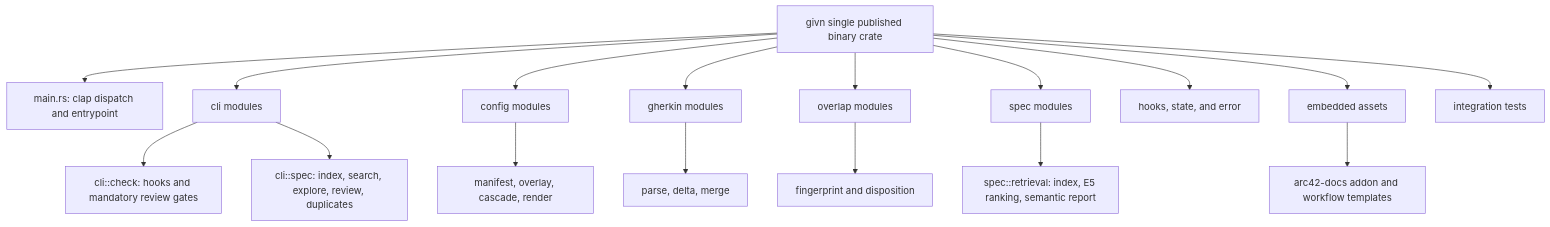
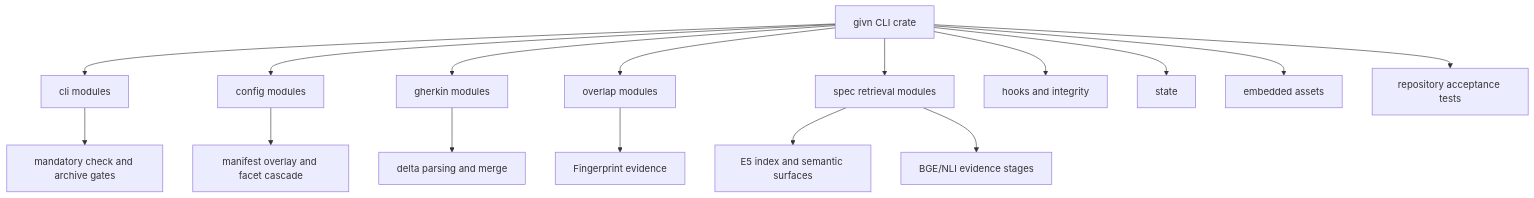
One commit to buster/givn changed the diagram in docs/arc42/05-building-block-view.md. Above: the diagram before and after it, drawn with Mermaid. The commit also changed other lines of this file and 97 other files, not shown here.

Commit message:
docs(arc42): consolidate architecture documentation and ADRs

````diff
--- a/docs/arc42/05-building-block-view.md
+++ b/docs/arc42/05-building-block-view.md
@@ -10,21 +11,18 @@
 ```mermaid
 flowchart TD
-    G["givn single published binary crate"]
-    G --> M["main.rs: clap dispatch and entrypoint"]
-    G --> C["cli modules"]
-    G --> CFG["config modules"]
-    G --> GH["gherkin modules"]
-    G --> O["overlap modules"]
-    G --> S["spec modules"]
-    G --> H["hooks, state, and error"]
-    G --> A["embedded assets"]
-    G --> T["integration tests"]
-
-    C --> CHECK["cli::check: hooks and mandatory review gates"]
-    C --> SPEC["cli::spec: index, search, explore, review, duplicates"]
-    CFG --> MANIFEST["manifest, overlay, cascade, render"]
-    GH --> DELTA["parse, delta, merge"]
-    O --> FINGER["fingerprint and disposition"]
-    S --> RETRIEVAL["spec::retrieval: index, E5 ranking, semantic report"]
-    A --> ADDON["arc42-docs addon and workflow templates"]
+    G[givn CLI crate] --> CLI[cli modules]
+    G --> CFG[config modules]
+    G --> GH[gherkin modules]
+    G --> O[overlap modules]
+    G --> SPEC[spec retrieval modules]
+    G --> HOOK[hooks and integrity]
+    G --> STATE[state]
+    G --> ASSET[embedded assets]
+    G --> TEST[repository acceptance tests]
+    CLI --> CHECK[mandatory check and archive gates]
+    CFG --> GRAPH[manifest overlay and facet cascade]
+    GH --> MERGE[delta parsing and merge]
+    O --> FINGER[Fingerprint evidence]
+    SPEC --> E5[E5 index and semantic surfaces]
+    SPEC --> STAGE[BGE/NLI evidence stages]
 ```
````
